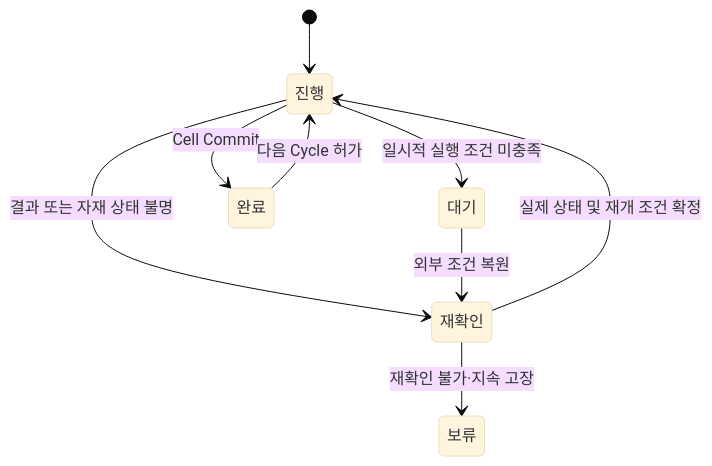
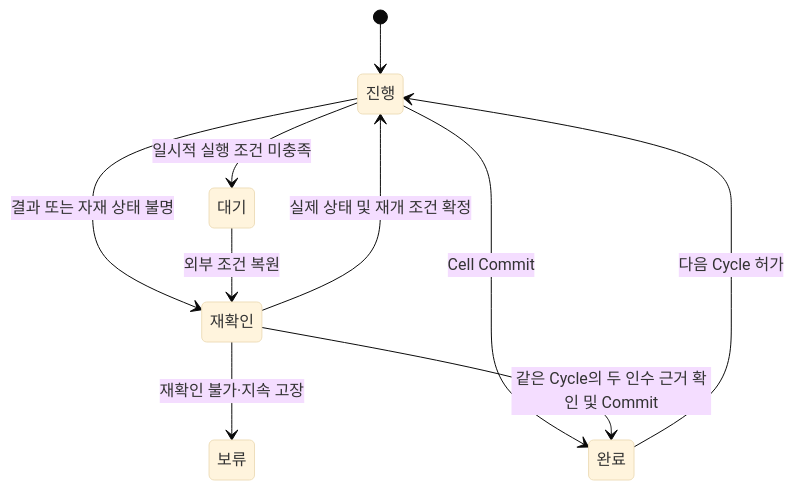
One commit to dev-kibeom/sftwin-arm-cell changed the second of 2 diagrams in docs/design/cells/conveyor-pnp-poc/cell-process.md. Above: the diagram before and after it, drawn with Mermaid (base theme). The commit also changed other lines of this file and 2 other files, not shown here.

````diff
--- a/docs/design/cells/conveyor-pnp-poc/cell-process.md
+++ b/docs/design/cells/conveyor-pnp-poc/cell-process.md
@@ -38,11 +38,12 @@
 ```mermaid
 stateDiagram-v2
     [*] --> 진행
     진행 --> 대기: 일시적 실행 조건 미충족
     진행 --> 재확인: 결과 또는 자재 상태 불명
     대기 --> 재확인: 외부 조건 복원
     재확인 --> 진행: 실제 상태 및 재개 조건 확정
     재확인 --> 보류: 재확인 불가·지속 고장
     진행 --> 완료: Cell Commit
+    재확인 --> 완료: 같은 Cycle의 두 인수 근거 확인 및 Commit
     완료 --> 진행: 다음 Cycle 허가
 ```
````
